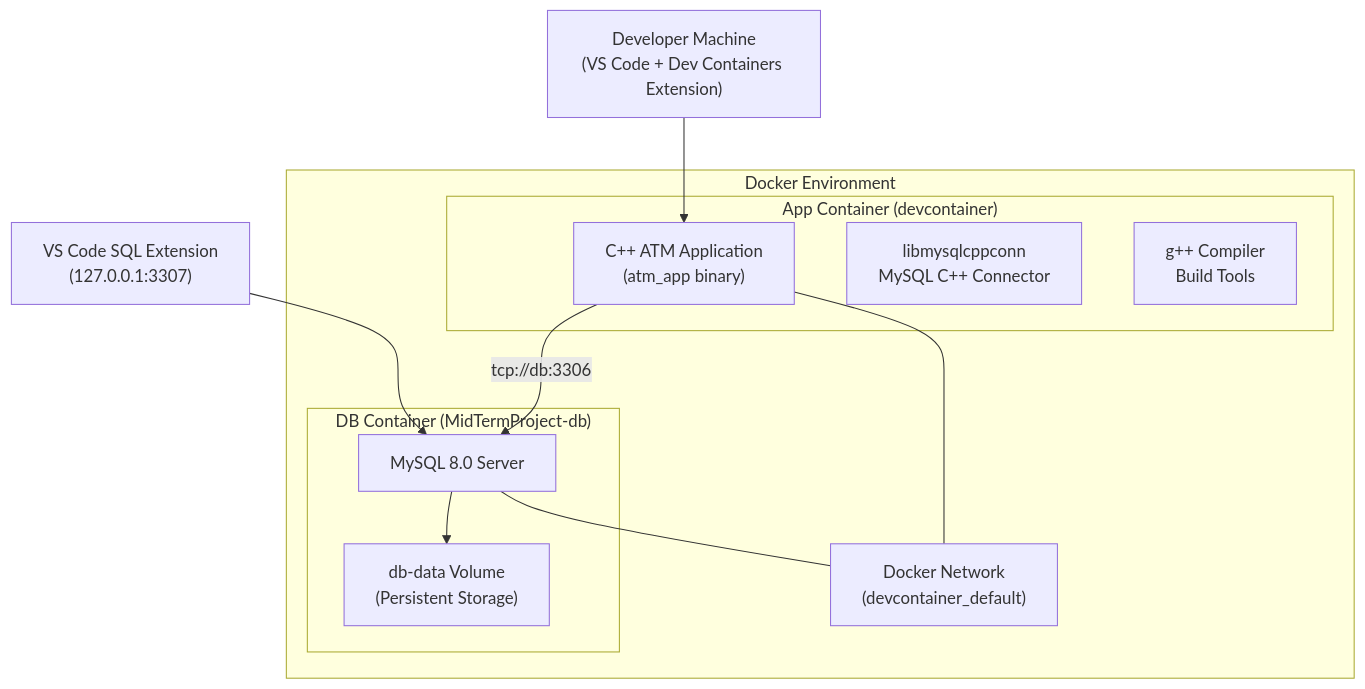
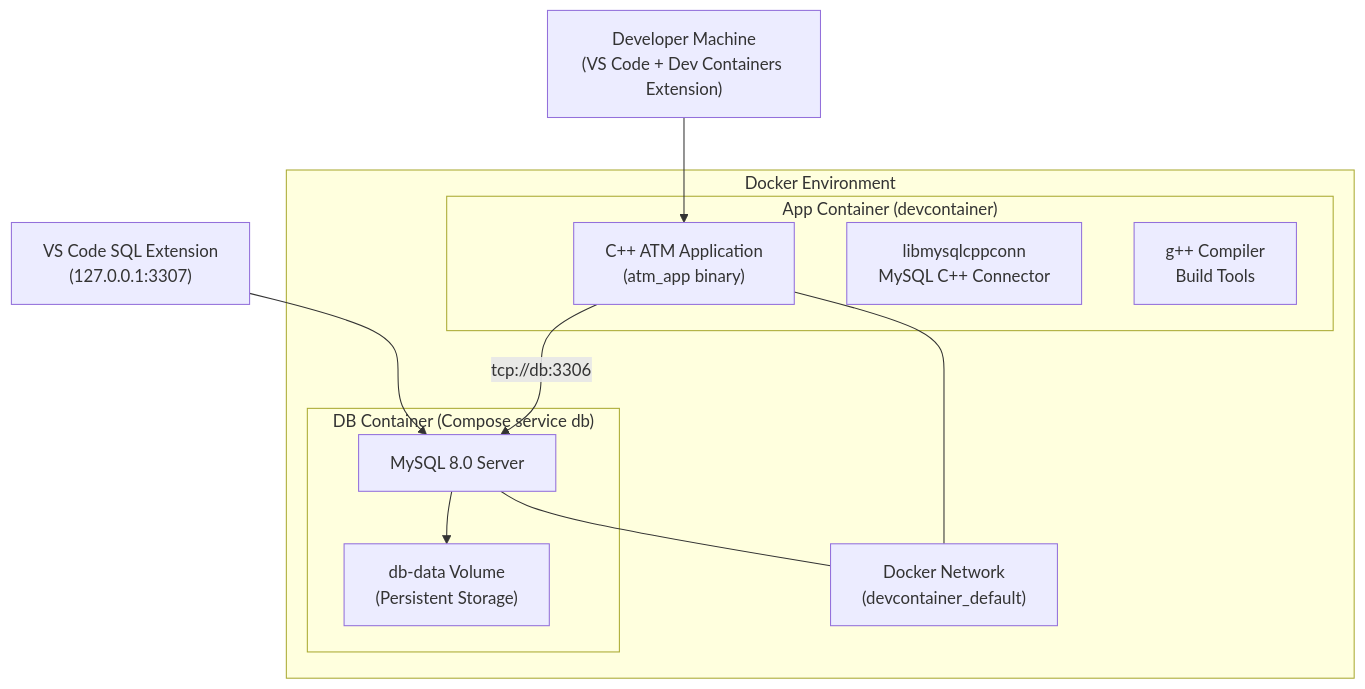
One commit to rfaris27/FinalProjectRecent changed the fifth of 5 diagrams in DIAGRAMS.md. Above: the diagram before and after it, drawn with Mermaid. The commit also changed other lines of this file and 10 other files, not shown here.

````diff
--- a/DIAGRAMS.md
+++ b/DIAGRAMS.md
@@ -319,27 +319,27 @@
 ```mermaid
 graph TB
     subgraph "Docker Environment"
         subgraph "App Container (devcontainer)"
             APP["C++ ATM Application<br/>(atm_app binary)"]
             LIBS["libmysqlcppconn<br/>MySQL C++ Connector"]
             GCC["g++ Compiler<br/>Build Tools"]
         end
 
-        subgraph "DB Container (MidTermProject-db)"
+        subgraph "DB Container (Compose service db)"
             MYSQL["MySQL 8.0 Server"]
             DATA["db-data Volume<br/>(Persistent Storage)"]
         end
 
         NET["Docker Network<br/>(devcontainer_default)"]
     end
 
     DEV["Developer Machine<br/>(VS Code + Dev Containers Extension)"]
     SQL_EXT["VS Code SQL Extension<br/>(127.0.0.1:3307)"]
 
     DEV --> APP
     SQL_EXT --> MYSQL
     APP -- "tcp://db:3306" --> MYSQL
     MYSQL --> DATA
     APP --- NET
     MYSQL --- NET
 ```
````
